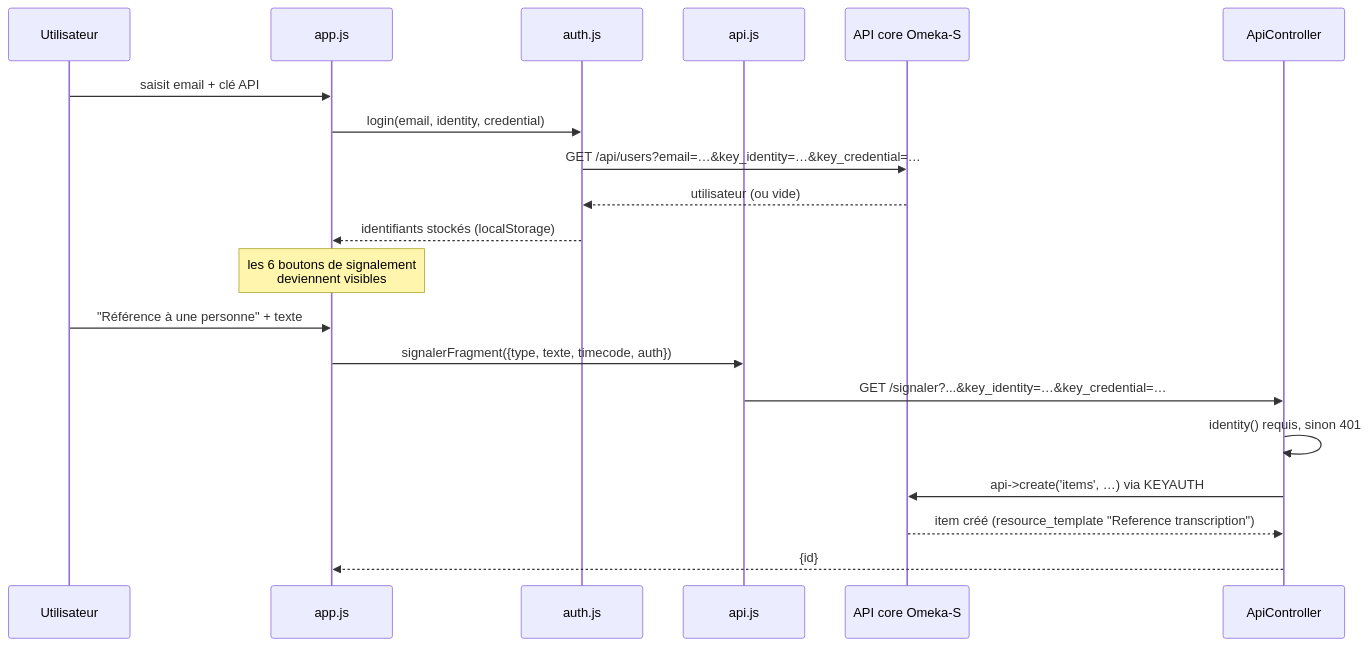
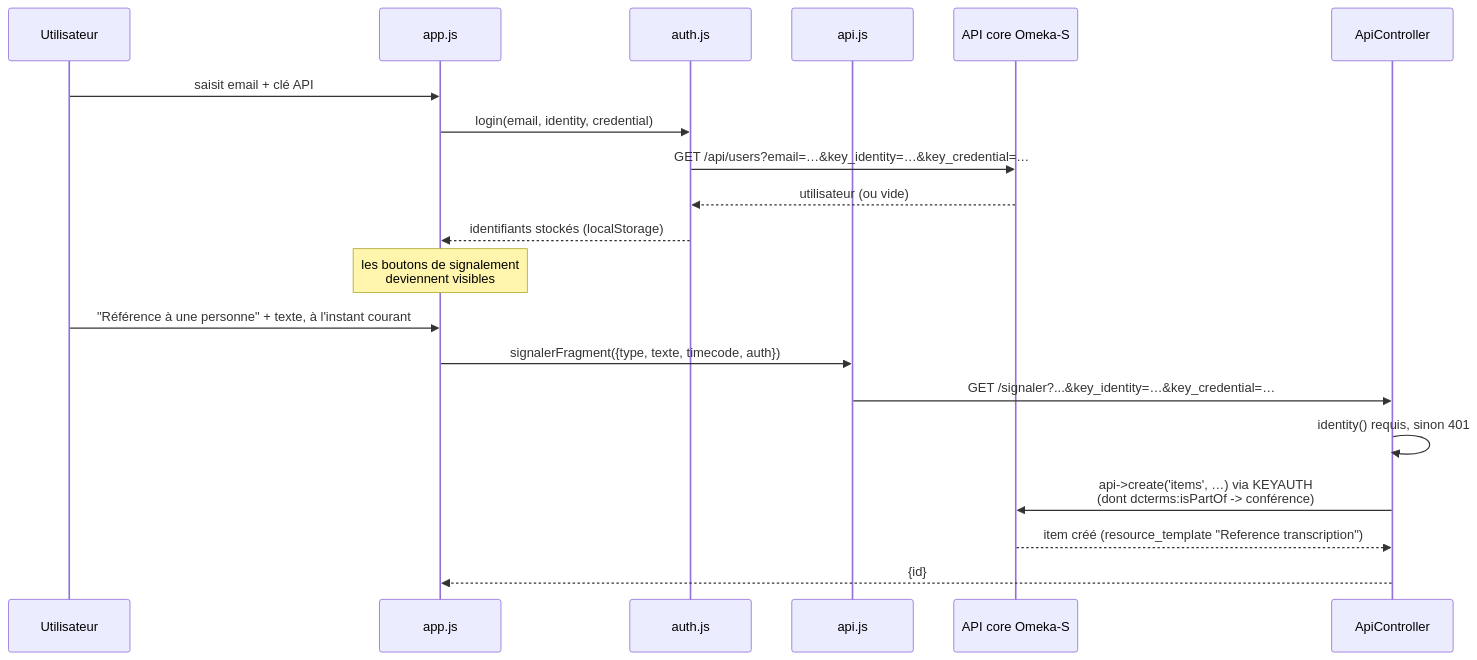
Before and after one commit to samszo/exploDeleuze: the fourth of 8 diagrams in mobilapp/fluxconceptuel/README.md, drawn with Mermaid. The commit also changed other lines of this file, not shown here.

````diff
--- a/mobilapp/fluxconceptuel/README.md
+++ b/mobilapp/fluxconceptuel/README.md
@@ -132,24 +161,24 @@
 ```mermaid
 sequenceDiagram
     participant U as Utilisateur
     participant App as app.js
     participant Auth as auth.js
     participant Api as api.js
     participant Core as API core Omeka-S
     participant Site as ApiController
 
     U->>App: saisit email + clé API
     App->>Auth: login(email, identity, credential)
     Auth->>Core: GET /api/users?email=…&key_identity=…&key_credential=…
     Core-->>Auth: utilisateur (ou vide)
     Auth-->>App: identifiants stockés (localStorage)
-    Note over App: les 6 boutons de signalement<br/>deviennent visibles
+    Note over App: les boutons de signalement<br/>deviennent visibles
 
-    U->>App: "Référence à une personne" + texte
+    U->>App: "Référence à une personne" + texte, à l'instant courant
     App->>Api: signalerFragment({type, texte, timecode, auth})
     Api->>Site: GET /signaler?...&key_identity=…&key_credential=…
     Site->>Site: identity() requis, sinon 401
-    Site->>Core: api->create('items', …) via KEYAUTH
+    Site->>Core: api->create('items', …) via KEYAUTH<br/>(dont dcterms:isPartOf -> conférence)
     Core-->>Site: item créé (resource_template "Reference transcription")
     Site-->>App: {id}
 ```
````
